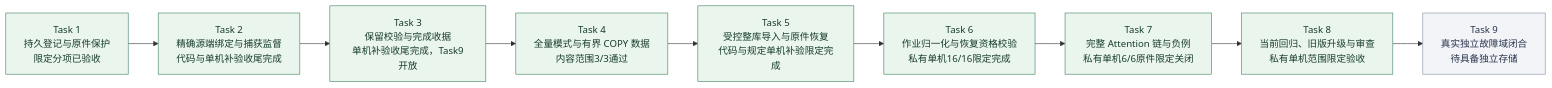
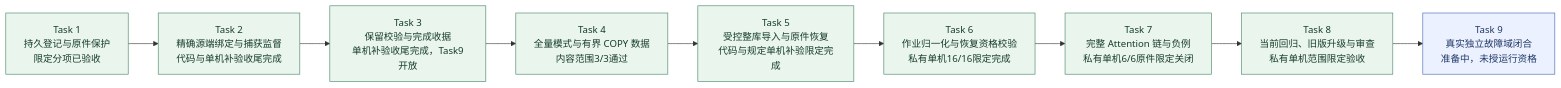
Before and after one commit to MansurnamedZhang/learning-system-p0c4: the second of 9 diagrams in docs/KnowWeave实施路线与系统架构.md, drawn with Mermaid. The commit also changed other lines of this file and 9 other files, not shown here.

````diff
--- a/docs/KnowWeave实施路线与系统架构.md
+++ b/docs/KnowWeave实施路线与系统架构.md
@@ -80,25 +80,25 @@
 ```mermaid
 flowchart LR
     C4T1["Task 1<br/>持久登记与原件保护<br/>限定分项已验收"]
     C4T2["Task 2<br/>精确源端绑定与捕获监督<br/>代码与单机补验收尾完成"]
     C4T3["Task 3<br/>保留校验与完成收据<br/>单机补验收尾完成，Task9开放"]
     C4T4["Task 4<br/>全量模式与有界 COPY 数据<br/>内容范围3/3通过"]
     C4T5["Task 5<br/>受控整库导入与原件恢复<br/>代码与规定单机补验限定完成"]
     C4T6["Task 6<br/>作业归一化与恢复资格校验<br/>私有单机16/16限定完成"]
     C4T7["Task 7<br/>完整 Attention 链与负例<br/>私有单机6/6原件限定关闭"]
     C4T8["Task 8<br/>当前回归、旧版升级与审查<br/>私有单机范围限定验收"]
-    C4T9["Task 9<br/>真实独立故障域闭合<br/>待具备独立存储"]
+    C4T9["Task 9<br/>真实独立故障域闭合<br/>准备中，未授运行资格"]
     C4T1 --> C4T2
     C4T2 --> C4T3
     C4T3 --> C4T4
     C4T4 --> C4T5
     C4T5 --> C4T6
     C4T6 --> C4T7
     C4T7 --> C4T8
     C4T8 --> C4T9
     class C4T1,C4T2,C4T3,C4T4,C4T5,C4T6,C4T7,C4T8 done
-    class C4T9 planned
+    class C4T9 next
     classDef done fill:#eaf5ee,stroke:#438363,color:#173d2b
     classDef next fill:#ebf1ff,stroke:#4365b4,color:#203866
     classDef planned fill:#f2f4f8,stroke:#8591a3,color:#28354b
 ```
````
